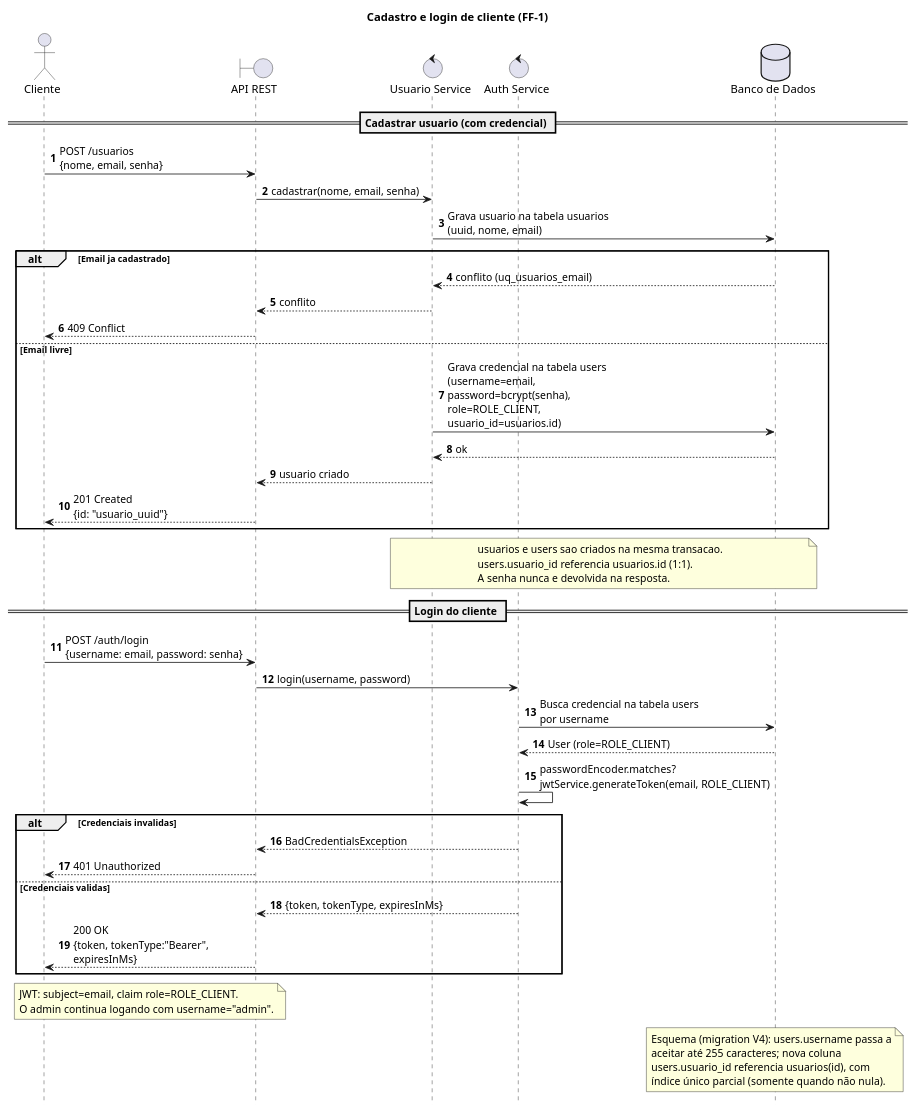
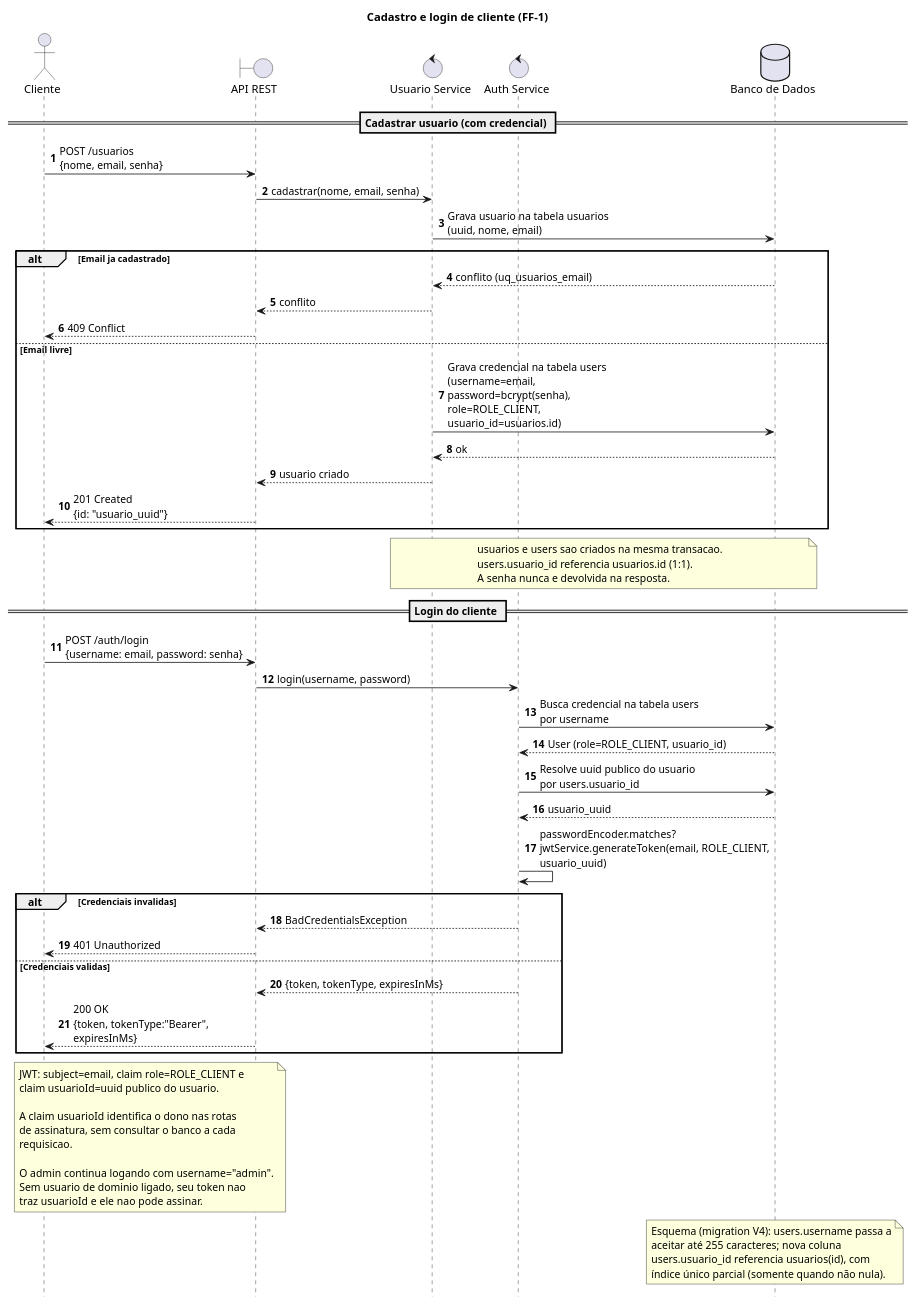
One commit to fabriciosouza21/assinatura changed the diagram in docs/adesao/login-cliente-sequencia.puml. Above: the diagram before and after it, drawn with PlantUML. The commit also changed 28 other files, not shown here.

First line of the commit message:
feat(security): exige jwt do dono nos endpoints de assinatura

```diff
--- a/docs/adesao/login-cliente-sequencia.puml
+++ b/docs/adesao/login-cliente-sequencia.puml
@@ -1,65 +1,75 @@
 @startuml
 title Cadastro e login de cliente (FF-1)
 
 autonumber
 hide footbox
 skinparam responseMessageBelowArrow true
 
 actor Cliente
 boundary "API REST" as API
 control "Usuario Service" as US
 control "Auth Service" as AS
 database "Banco de Dados" as DB
 
 == Cadastrar usuario (com credencial) ==
 
 Cliente -> API: POST /usuarios\n{nome, email, senha}
 API -> US: cadastrar(nome, email, senha)
 US -> DB: Grava usuario na tabela usuarios\n(uuid, nome, email)
 
 alt Email ja cadastrado
     DB --> US: conflito (uq_usuarios_email)
     US --> API: conflito
     API --> Cliente: 409 Conflict
 else Email livre
     US -> DB: Grava credencial na tabela users\n(username=email,\npassword=bcrypt(senha),\nrole=ROLE_CLIENT,\nusuario_id=usuarios.id)
     DB --> US: ok
     US --> API: usuario criado
     API --> Cliente: 201 Created\n{id: "usuario_uuid"}
 end
 
 note over US, DB
   usuarios e users sao criados na mesma transacao.
   users.usuario_id referencia usuarios.id (1:1).
   A senha nunca e devolvida na resposta.
 end note
 
 == Login do cliente ==
 
 Cliente -> API: POST /auth/login\n{username: email, password: senha}
 API -> AS: login(username, password)
 AS -> DB: Busca credencial na tabela users\npor username
-DB --> AS: User (role=ROLE_CLIENT)
-AS -> AS: passwordEncoder.matches?\njwtService.generateToken(email, ROLE_CLIENT)
+DB --> AS: User (role=ROLE_CLIENT, usuario_id)
+AS -> DB: Resolve uuid publico do usuario\npor users.usuario_id
+DB --> AS: usuario_uuid
+AS -> AS: passwordEncoder.matches?\njwtService.generateToken(email, ROLE_CLIENT,\nusuario_uuid)
 
 alt Credenciais invalidas
     AS --> API: BadCredentialsException
     API --> Cliente: 401 Unauthorized
 else Credenciais validas
     AS --> API: {token, tokenType, expiresInMs}
     API --> Cliente: 200 OK\n{token, tokenType:"Bearer",\nexpiresInMs}
 end
 
 note over Cliente, API
-  JWT: subject=email, claim role=ROLE_CLIENT.
+  JWT: subject=email, claim role=ROLE_CLIENT e
+  claim usuarioId=uuid publico do usuario.
+
+  A claim usuarioId identifica o dono nas rotas
+  de assinatura, sem consultar o banco a cada
+  requisicao.
+
   O admin continua logando com username="admin".
+  Sem usuario de dominio ligado, seu token nao
+  traz usuarioId e ele nao pode assinar.
 end note
 
 note over DB
   Esquema (migration V4): users.username passa a
   aceitar até 255 caracteres; nova coluna
   users.usuario_id referencia usuarios(id), com
   índice único parcial (somente quando não nula).
 end note
 
 @enduml
```
